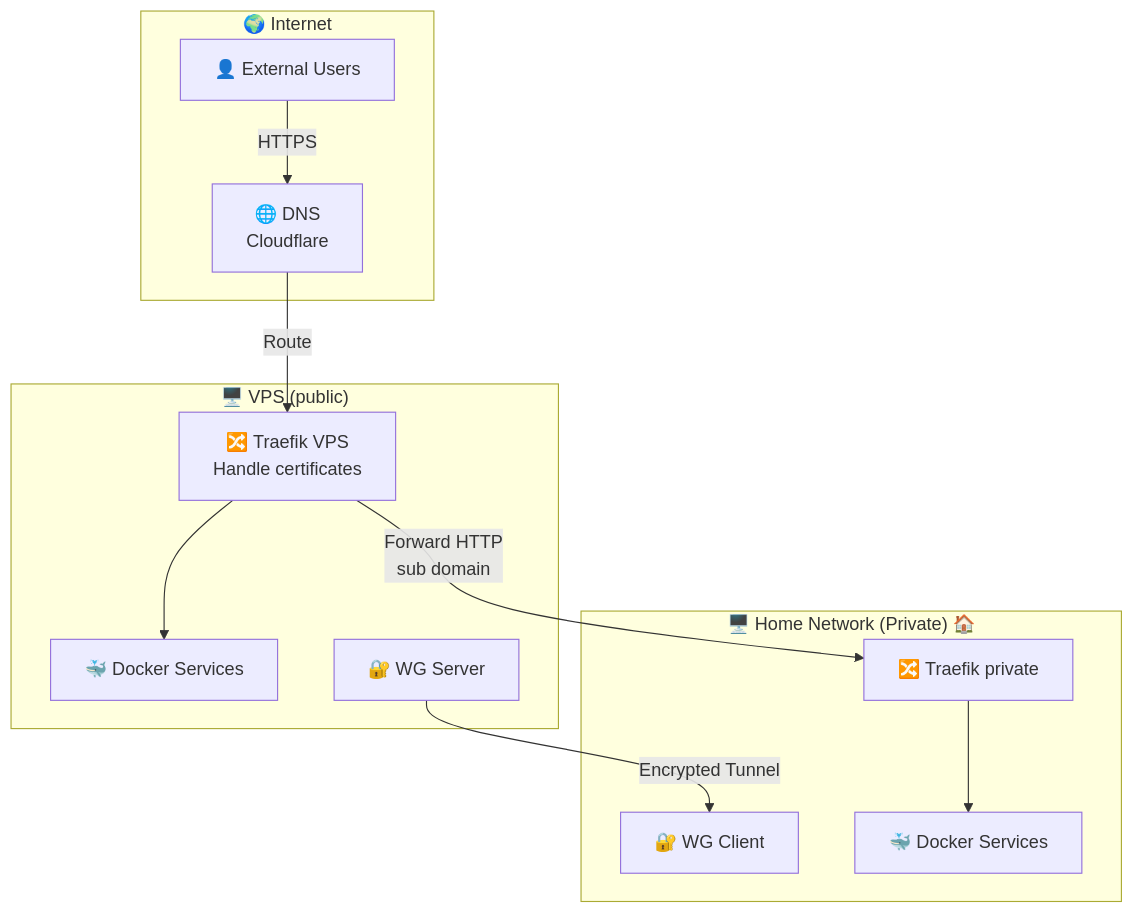
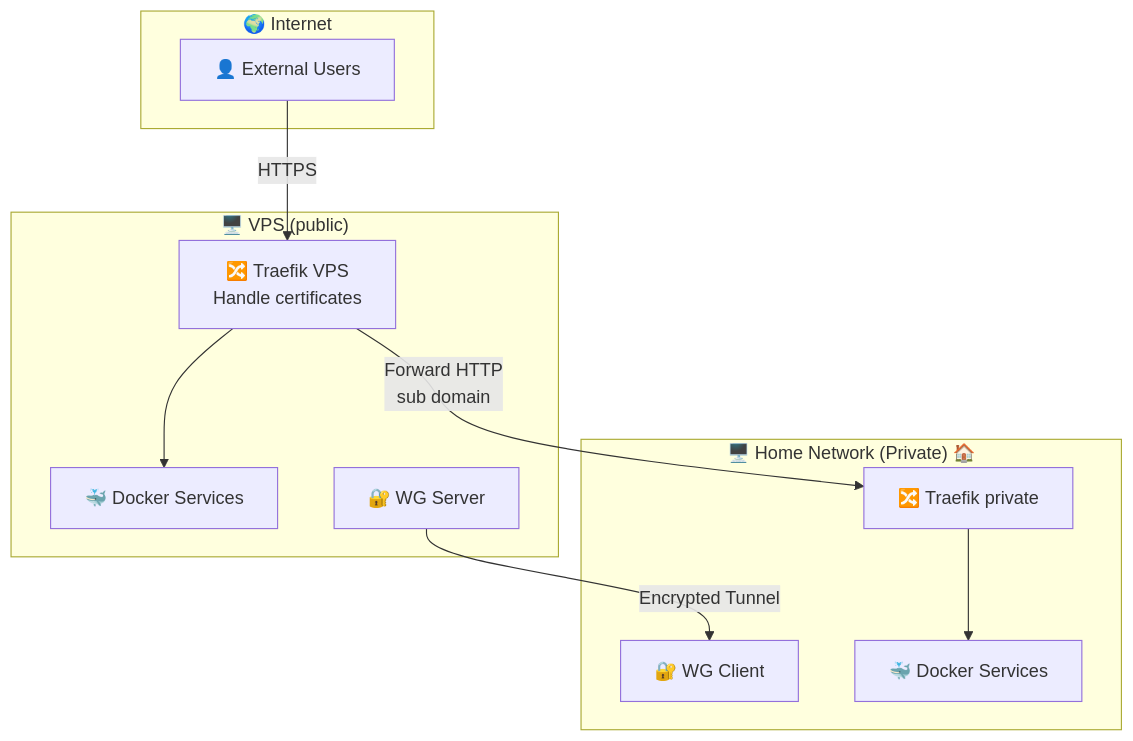
One commit to ad2ien/a-vps-config changed the diagram in homelab.md. Above: the diagram before and after it, drawn with Mermaid. The commit also changed 21 other files, not shown here.

````diff
--- a/homelab.md
+++ b/homelab.md
@@ -3,26 +3,24 @@
 ```mermaid
 graph TD
     subgraph internet["🌍 Internet"]
         users["👤 External Users"]
-        dns["🌐 DNS<br/>Cloudflare"]
     end
     
     subgraph vps["🖥️ VPS (public)"]
         traefik_vps["🔀 Traefik VPS <br/>Handle certificates"]
         docker_stacks["🐳 Docker Services"]
         wg_server["🔐 WG Server"]
     end
     
     subgraph home["🖥️ Home Network (Private) 🏠"]
         wg_client["🔐 WG Client"]
         traefik_private["🔀 Traefik private"]
         docker_private_stacks["🐳 Docker Services"]
     end
     
-    users -->|HTTPS| dns
-    dns -->|Route| traefik_vps
+    users -->|HTTPS| traefik_vps
     traefik_vps --> docker_stacks
     wg_server -->|Encrypted Tunnel| wg_client
     traefik_vps -->|Forward HTTP<br/>sub domain| traefik_private
     traefik_private --> docker_private_stacks
 ```
````
